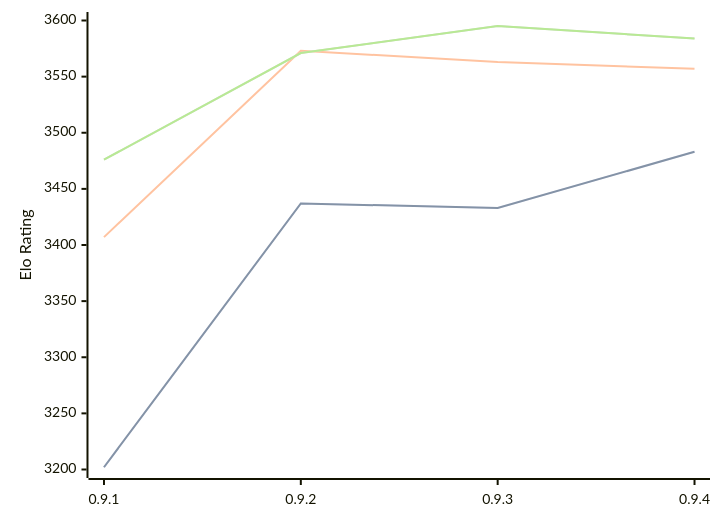
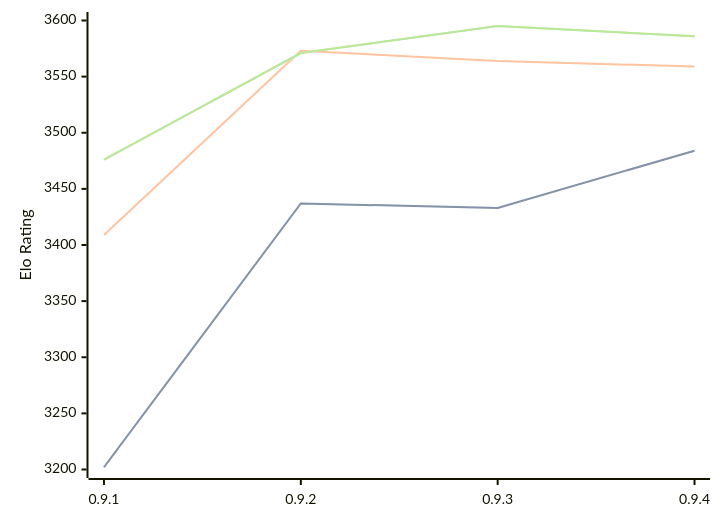
Before and after one commit to computer-chess-index/cci: the diagram in engines/Coda.md, drawn with Mermaid. The commit also changed other lines of this file, not shown here.

Commit message:
Update CCI Ratings (ELO VLTC) - 2026-09-09

````diff
--- a/engines/Coda.md
+++ b/engines/Coda.md
@@ -34,11 +34,11 @@
 ```mermaid
 %%{init: {"theme":"base","themeVariables":{"seriesColors:['#a3a3a3','#222221','#faa371']}}}%%
 xychart-beta
   x-axis ["0.9.1", "0.9.2", "0.9.3", "0.9.4"]
   y-axis "Elo Rating" 3200 --> 3600
-  line "" [3202, 3437, 3433, 3483]
-  line "STC (8.0+0.08s)" [3202, 3437, 3433, 3483]
-  line "LTC (60.0+0.60s)" [3407, 3573, 3563, 3557]
-  line "" [3476, 3571, 3595, 3584]
-  line "VLTC (2m24s+1.12s)" [3476, 3571, 3595, 3584]
+  line "" [3202, 3437, 3433, 3484]
+  line "STC (8.0+0.08s)" [3202, 3437, 3433, 3484]
+  line "LTC (60.0+0.60s)" [3409, 3573, 3564, 3559]
+  line "" [3476, 3571, 3595, 3586]
+  line "VLTC (2m24s+1.12s)" [3476, 3571, 3595, 3586]
 ```
````
